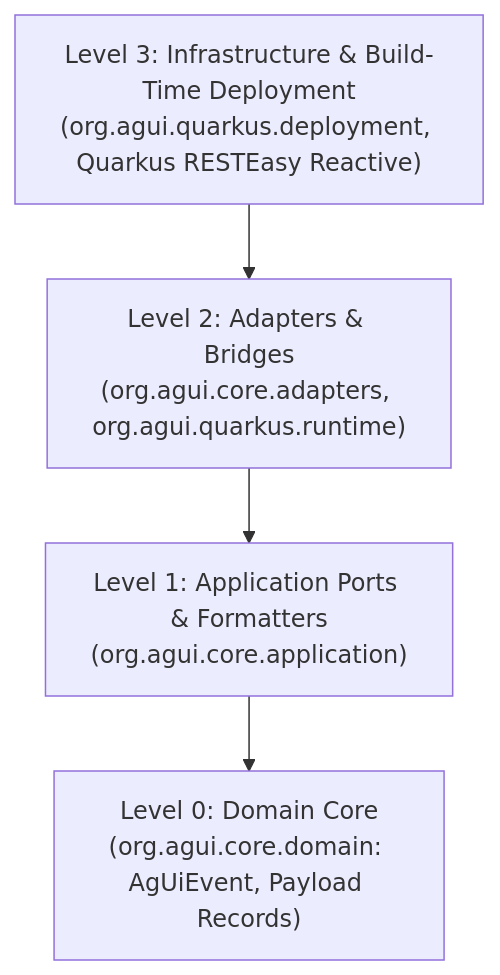
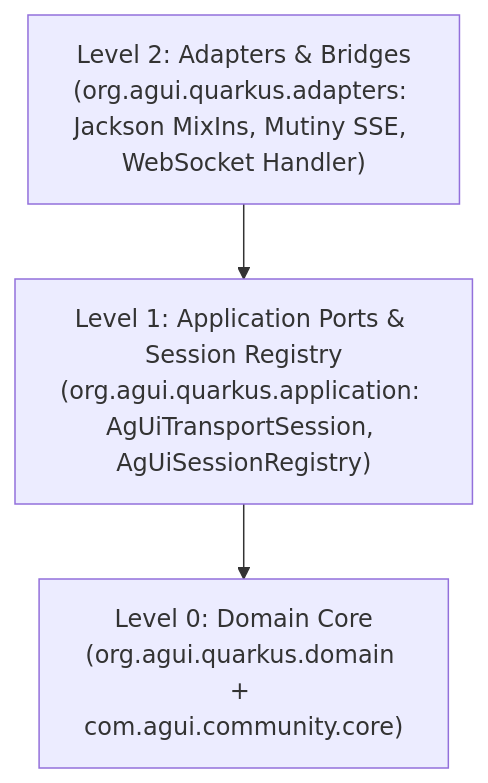
One commit to fmatar/quarkus-agui changed the third of 3 diagrams in docs/specs/C4_ARCHITECTURE.md. Above: the diagram before and after it, drawn with Mermaid. The commit also changed other lines of this file and 54 other files, not shown here.

````diff
--- a/docs/specs/C4_ARCHITECTURE.md
+++ b/docs/specs/C4_ARCHITECTURE.md
@@ -47,11 +54,9 @@
 ```mermaid
 flowchart TD
-    L3["Level 3: Infrastructure & Build-Time Deployment\n(org.agui.quarkus.deployment, Quarkus RESTEasy Reactive)"]
-    L2["Level 2: Adapters & Bridges\n(org.agui.core.adapters, org.agui.quarkus.runtime)"]
-    L1["Level 1: Application Ports & Formatters\n(org.agui.core.application)"]
-    L0["Level 0: Domain Core\n(org.agui.core.domain: AgUiEvent, Payload Records)"]
+    L2["Level 2: Adapters & Bridges\n(org.agui.quarkus.adapters: Jackson MixIns, Mutiny SSE, WebSocket Handler)"]
+    L1["Level 1: Application Ports & Session Registry\n(org.agui.quarkus.application: AgUiTransportSession, AgUiSessionRegistry)"]
+    L0["Level 0: Domain Core\n(org.agui.quarkus.domain + com.agui.community.core)"]
 
-    L3 --> L2
     L2 --> L1
     L1 --> L0
 ```
````
